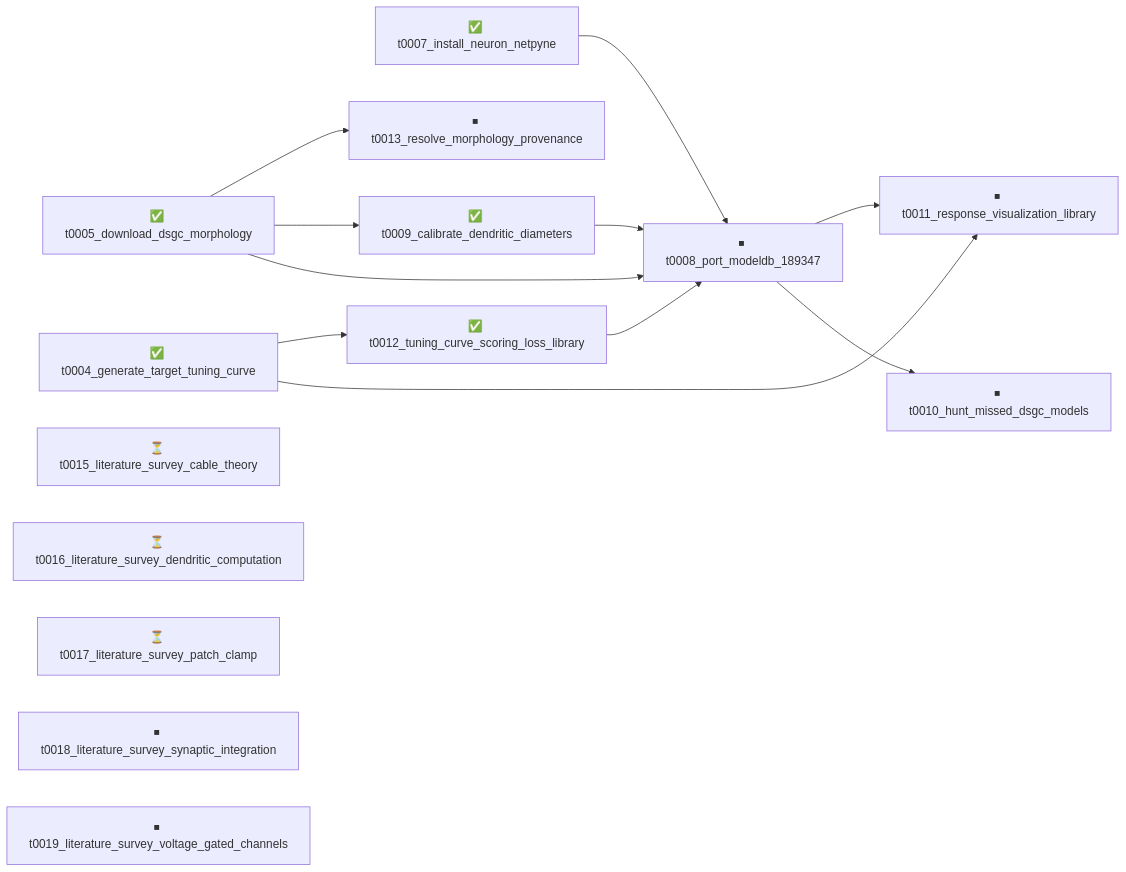
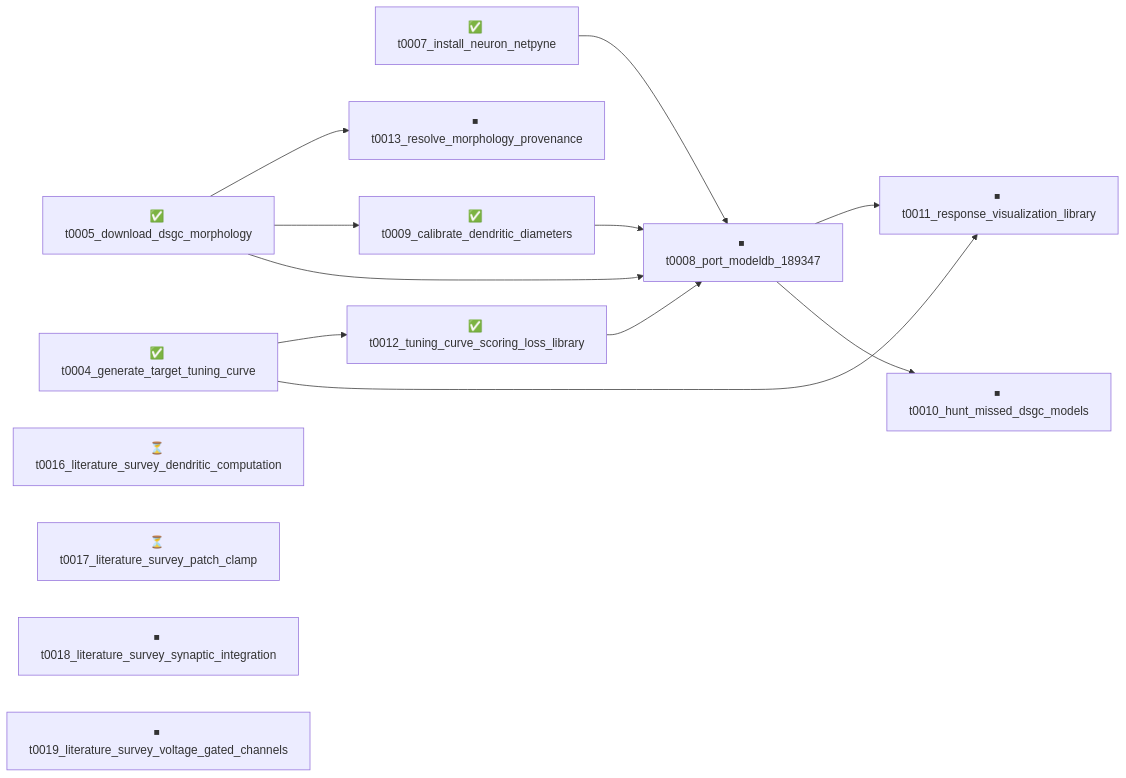
The diagram in overview/tasks/README.md (tonza17/neuron-channels), drawn with Mermaid before and after one commit. The commit also changed other lines of this file and 53 other files, not shown here.

Commit message:
overview: refresh after t0015_literature_survey_cable_theory merge

````diff
--- a/overview/tasks/README.md
+++ b/overview/tasks/README.md
@@ -13,28 +13,27 @@
 ```mermaid
 graph LR
     t0004_generate_target_tuning_curve["✅ t0004_generate_target_tuning_curve"]
     t0005_download_dsgc_morphology["✅ t0005_download_dsgc_morphology"]
     t0007_install_neuron_netpyne["✅ t0007_install_neuron_netpyne"]
     t0008_port_modeldb_189347["⏹ t0008_port_modeldb_189347"]
     t0009_calibrate_dendritic_diameters["✅ t0009_calibrate_dendritic_diameters"]
     t0010_hunt_missed_dsgc_models["⏹ t0010_hunt_missed_dsgc_models"]
     t0011_response_visualization_library["⏹ t0011_response_visualization_library"]
     t0012_tuning_curve_scoring_loss_library["✅ t0012_tuning_curve_scoring_loss_library"]
     t0013_resolve_morphology_provenance["⏹ t0013_resolve_morphology_provenance"]
-    t0015_literature_survey_cable_theory["⏳ t0015_literature_survey_cable_theory"]
     t0016_literature_survey_dendritic_computation["⏳ t0016_literature_survey_dendritic_computation"]
     t0017_literature_survey_patch_clamp["⏳ t0017_literature_survey_patch_clamp"]
     t0018_literature_survey_synaptic_integration["⏹ t0018_literature_survey_synaptic_integration"]
     t0019_literature_survey_voltage_gated_channels["⏹ t0019_literature_survey_voltage_gated_channels"]
 
     t0005_download_dsgc_morphology --> t0008_port_modeldb_189347
     t0007_install_neuron_netpyne --> t0008_port_modeldb_189347
     t0009_calibrate_dendritic_diameters --> t0008_port_modeldb_189347
     t0012_tuning_curve_scoring_loss_library --> t0008_port_modeldb_189347
     t0005_download_dsgc_morphology --> t0009_calibrate_dendritic_diameters
     t0008_port_modeldb_189347 --> t0010_hunt_missed_dsgc_models
     t0004_generate_target_tuning_curve --> t0011_response_visualization_library
     t0008_port_modeldb_189347 --> t0011_response_visualization_library
     t0004_generate_target_tuning_curve --> t0012_tuning_curve_scoring_loss_library
     t0005_download_dsgc_morphology --> t0013_resolve_morphology_provenance
 ```
````
